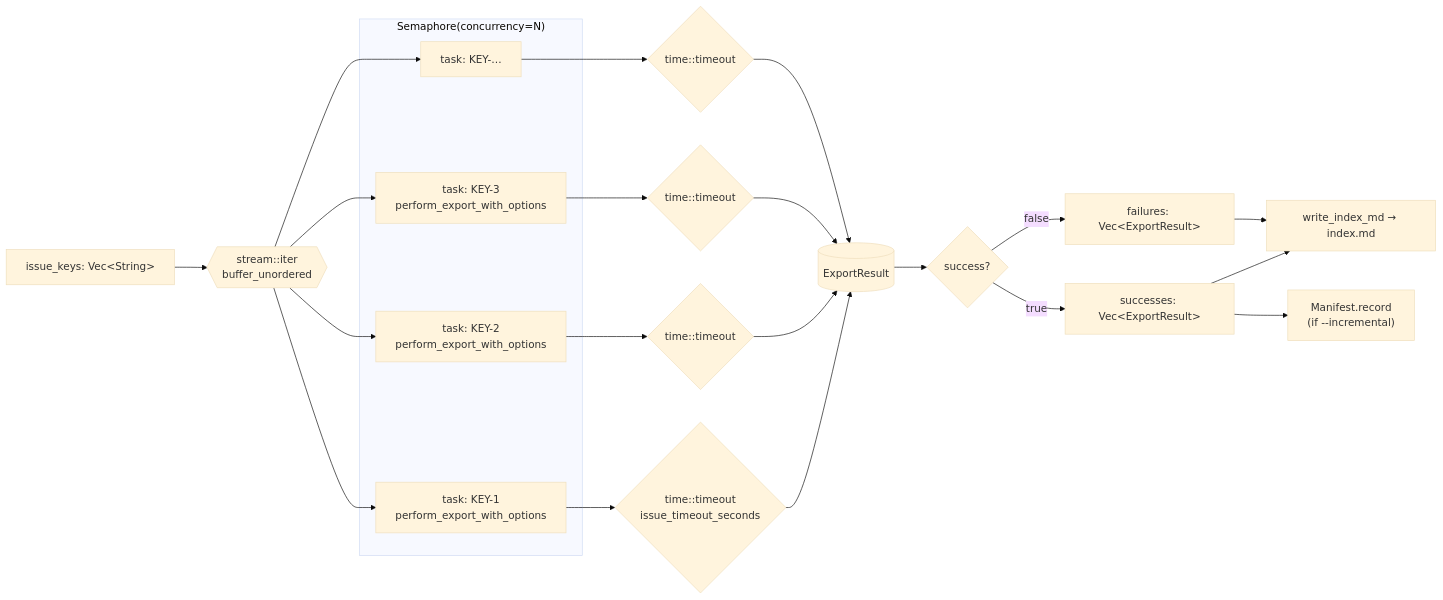
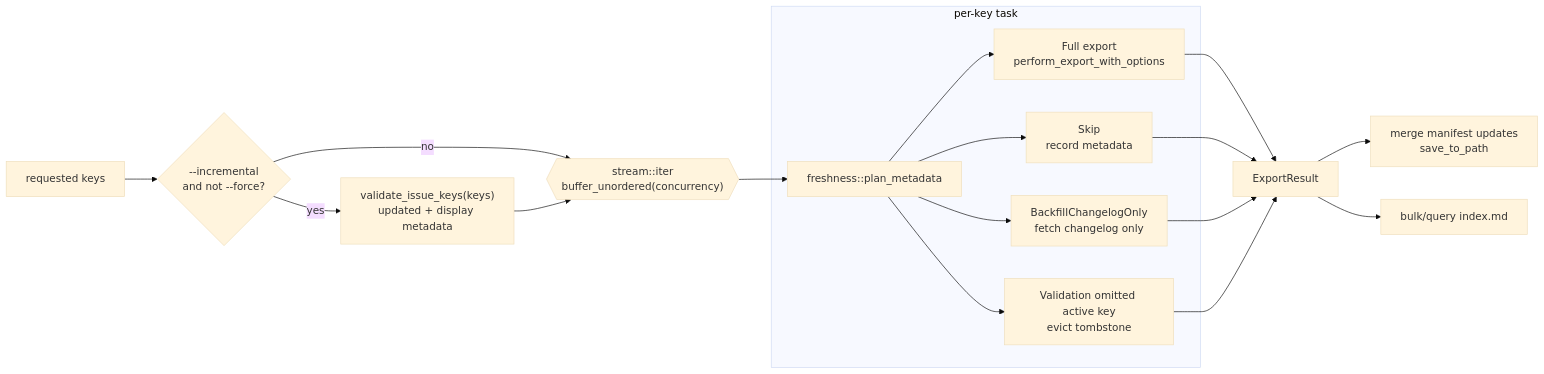
Before and after one commit to dchuk/jarkdown-rs: the third of 9 diagrams in docs/architecture.md, drawn with Mermaid (base theme). The commit also changed other lines of this file and 3 other files, not shown here.

Commit message:
docs: refresh 1.7 architecture and manifest docs

````diff
--- a/docs/architecture.md
+++ b/docs/architecture.md
@@ -192,34 +195,27 @@
 ```mermaid
 flowchart LR
-    keys["issue_keys: Vec&lt;String&gt;"] --> stream{{"stream::iter<br/>buffer_unordered"}}
+    keys["requested keys"] --> validate{"--incremental<br/>and not --force?"}
+    validate -->|yes| jira["validate_issue_keys(keys)<br/>updated + display metadata"]
+    validate -->|no| stream
+    jira --> stream{{"stream::iter<br/>buffer_unordered(concurrency)"}}
 
-    subgraph sem["Semaphore(concurrency=N)"]
-        T1["task: KEY-1<br/>perform_export_with_options"]
-        T2["task: KEY-2<br/>perform_export_with_options"]
-        T3["task: KEY-3<br/>perform_export_with_options"]
-        Tn["task: KEY-…"]
+    subgraph task["per-key task"]
+        plan["freshness::plan_metadata"]
+        skip["Skip<br/>record metadata"]
+        backfill["BackfillChangelogOnly<br/>fetch changelog only"]
+        evict["Validation omitted active key<br/>evict tombstone"]
+        full["Full export<br/>perform_export_with_options"]
     end
 
-    stream --> T1
-    stream --> T2
-    stream --> T3
-    stream --> Tn
-
-    T1 --> tout1{"time::timeout<br/>issue_timeout_seconds"}
-    T2 --> tout2{"time::timeout"}
-    T3 --> tout3{"time::timeout"}
-    Tn --> toutn{"time::timeout"}
-
-    tout1 --> R[(ExportResult)]
-    tout2 --> R
-    tout3 --> R
-    toutn --> R
-
-    R --> split{success?}
-    split -->|true| succ["successes: Vec&lt;ExportResult&gt;"]
-    split -->|false| fail["failures: Vec&lt;ExportResult&gt;"]
-
-    succ --> idx["write_index_md → index.md"]
-    fail --> idx
-    succ --> manup["Manifest.record<br/>(if --incremental)"]
+    stream --> plan
+    plan --> skip
+    plan --> backfill
+    plan --> evict
+    plan --> full
+    full --> result["ExportResult"]
+    skip --> result
+    backfill --> result
+    evict --> result
+    result --> manifest["merge manifest updates<br/>save_to_path"]
+    result --> index["bulk/query index.md"]
 ```
````
